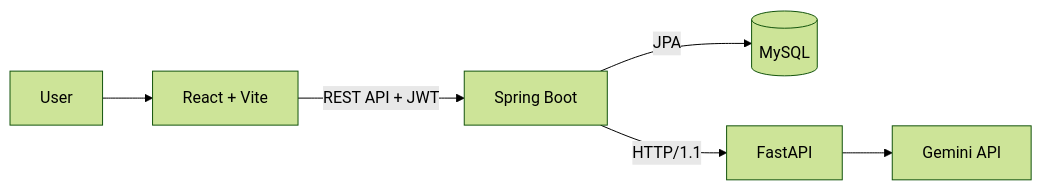
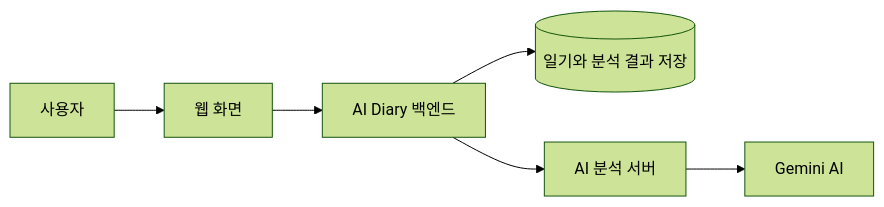
The diagram in README.md (chanwoong00/ai-diary), drawn with Mermaid (forest theme) before and after one commit. The commit also changed other lines of this file, not shown here.

````diff
--- a/README.md
+++ b/README.md
@@ -33,8 +54,8 @@
 ```mermaid
 flowchart LR
-    U[User] --> F[React + Vite]
-    F -->|REST API + JWT| B[Spring Boot]
-    B -->|JPA| DB[(MySQL)]
-    B -->|HTTP/1.1| A[FastAPI]
-    A --> G[Gemini API]
+    U[사용자] --> F[웹 화면]
+    F --> B[AI Diary 백엔드]
+    B --> DB[(일기와 분석 결과 저장)]
+    B --> A[AI 분석 서버]
+    A --> G[Gemini AI]
 ```
````
